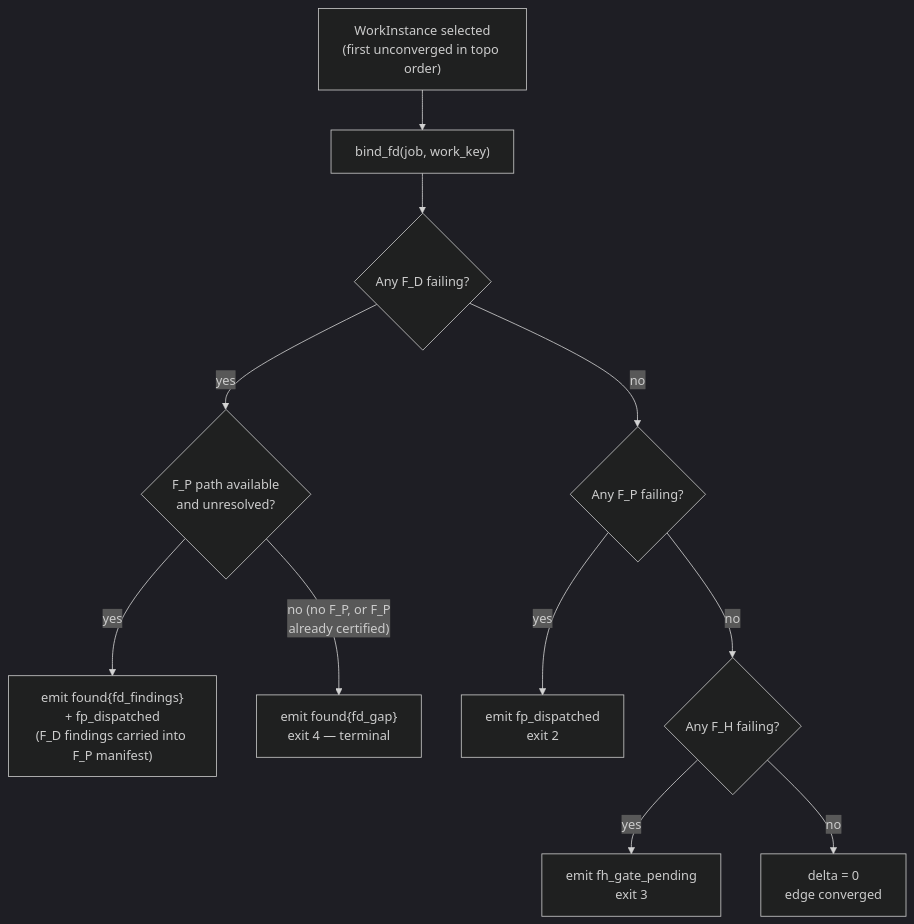
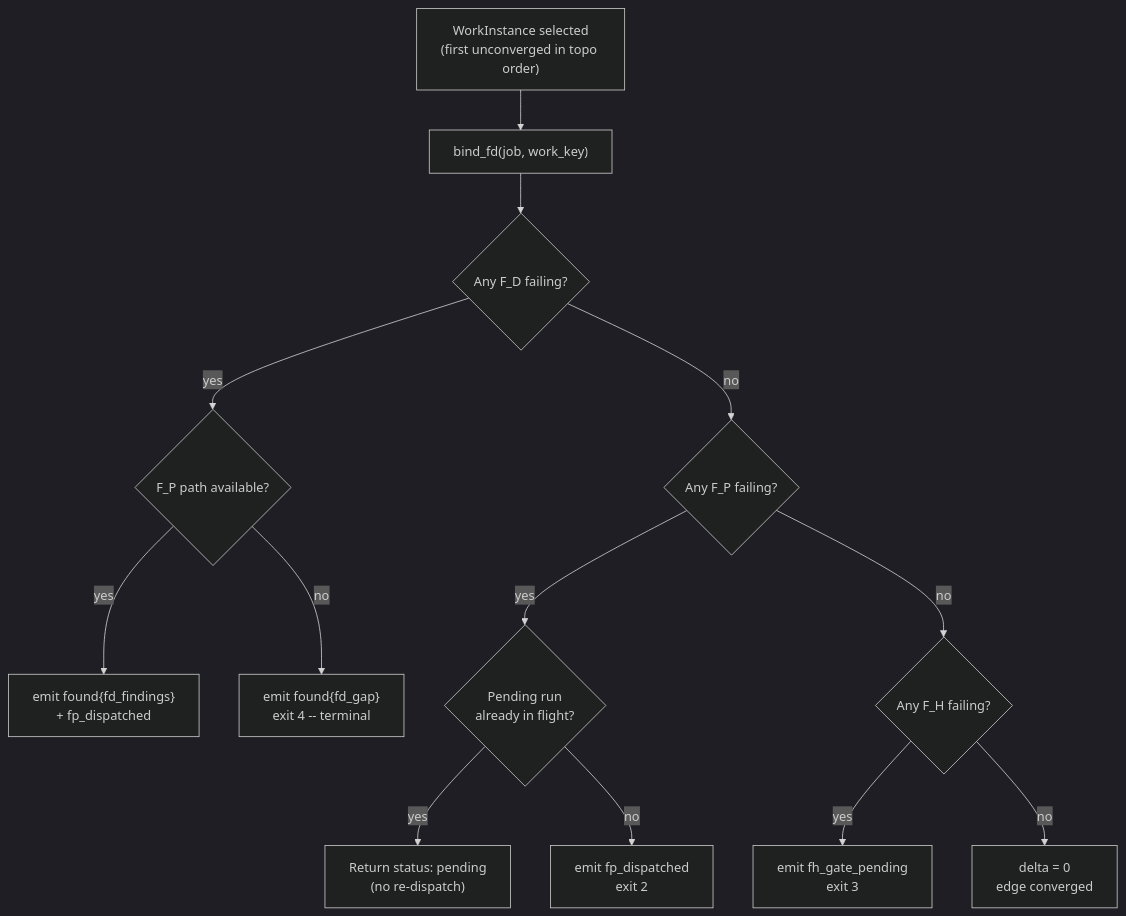
One commit to foolishimp/abiogenesis changed diagram 13 of 23 in docs/ABG_Design_Document.md. Above: the diagram before and after it, drawn with Mermaid (dark theme). The commit also changed other lines of this file and 90 other files, not shown here.

````diff
--- a/docs/ABG_Design_Document.md
+++ b/docs/ABG_Design_Document.md
@@ -543,13 +711,15 @@
 ```mermaid
 flowchart TD
     A["WorkInstance selected\n(first unconverged in topo order)"] --> B["bind_fd(job, work_key)"]
     B --> C{"Any F_D failing?"}
-    C -->|yes| D{"F_P path available\nand unresolved?"}
-    D -->|yes| E["emit found{fd_findings}\n+ fp_dispatched\n(F_D findings carried into F_P manifest)"]
-    D -->|"no (no F_P, or F_P\nalready certified)"| F["emit found{fd_gap}\nexit 4 — terminal"]
+    C -->|yes| D{"F_P path available?"}
+    D -->|yes| E["emit found{fd_findings}\n+ fp_dispatched"]
+    D -->|no| F["emit found{fd_gap}\nexit 4 -- terminal"]
     C -->|no| G{"Any F_P failing?"}
-    G -->|yes| H["emit fp_dispatched\nexit 2"]
+    G -->|yes| P{"Pending run\nalready in flight?"}
+    P -->|yes| PEND["Return status: pending\n(no re-dispatch)"]
+    P -->|no| H["emit fp_dispatched\nexit 2"]
     G -->|no| I{"Any F_H failing?"}
     I -->|yes| J["emit fh_gate_pending\nexit 3"]
     I -->|no| K["delta = 0\nedge converged"]
 ```
````
